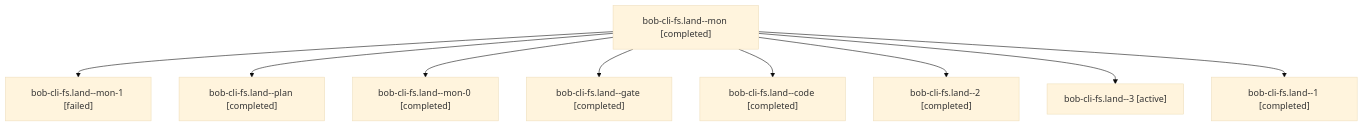
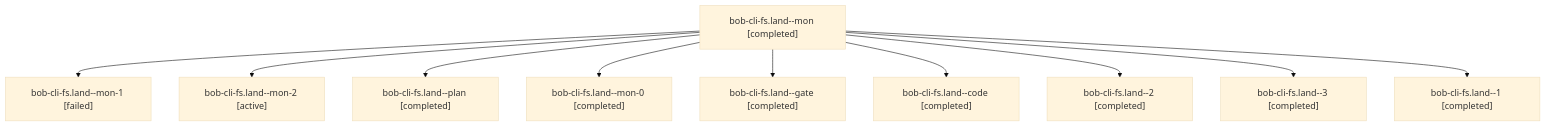
One commit to bobs-org/bob-cli--agents changed the diagram in sessions/bbugyi200.athena.bob-cli-fs.land.md. Above: the diagram before and after it, drawn with Mermaid (base theme). The commit also changed other lines of this file and 118 other files, not shown here.

````diff
--- a/sessions/bbugyi200.athena.bob-cli-fs.land.md
+++ b/sessions/bbugyi200.athena.bob-cli-fs.land.md
@@ -9,20 +9,22 @@
 ```mermaid
 flowchart TD
   n0["bob-cli-fs.land--mon [completed]"]
   n1["bob-cli-fs.land--mon-1 [failed]"]
   n0 --> n1
-  n2["bob-cli-fs.land--plan [completed]"]
+  n2["bob-cli-fs.land--mon-2 [active]"]
   n0 --> n2
-  n3["bob-cli-fs.land--mon-0 [completed]"]
+  n3["bob-cli-fs.land--plan [completed]"]
   n0 --> n3
-  n4["bob-cli-fs.land--gate [completed]"]
+  n4["bob-cli-fs.land--mon-0 [completed]"]
   n0 --> n4
-  n5["bob-cli-fs.land--code [completed]"]
+  n5["bob-cli-fs.land--gate [completed]"]
   n0 --> n5
-  n6["bob-cli-fs.land--2 [completed]"]
+  n6["bob-cli-fs.land--code [completed]"]
   n0 --> n6
-  n7["bob-cli-fs.land--3 [active]"]
+  n7["bob-cli-fs.land--2 [completed]"]
   n0 --> n7
-  n8["bob-cli-fs.land--1 [completed]"]
+  n8["bob-cli-fs.land--3 [completed]"]
   n0 --> n8
+  n9["bob-cli-fs.land--1 [completed]"]
+  n0 --> n9
 ```
````
